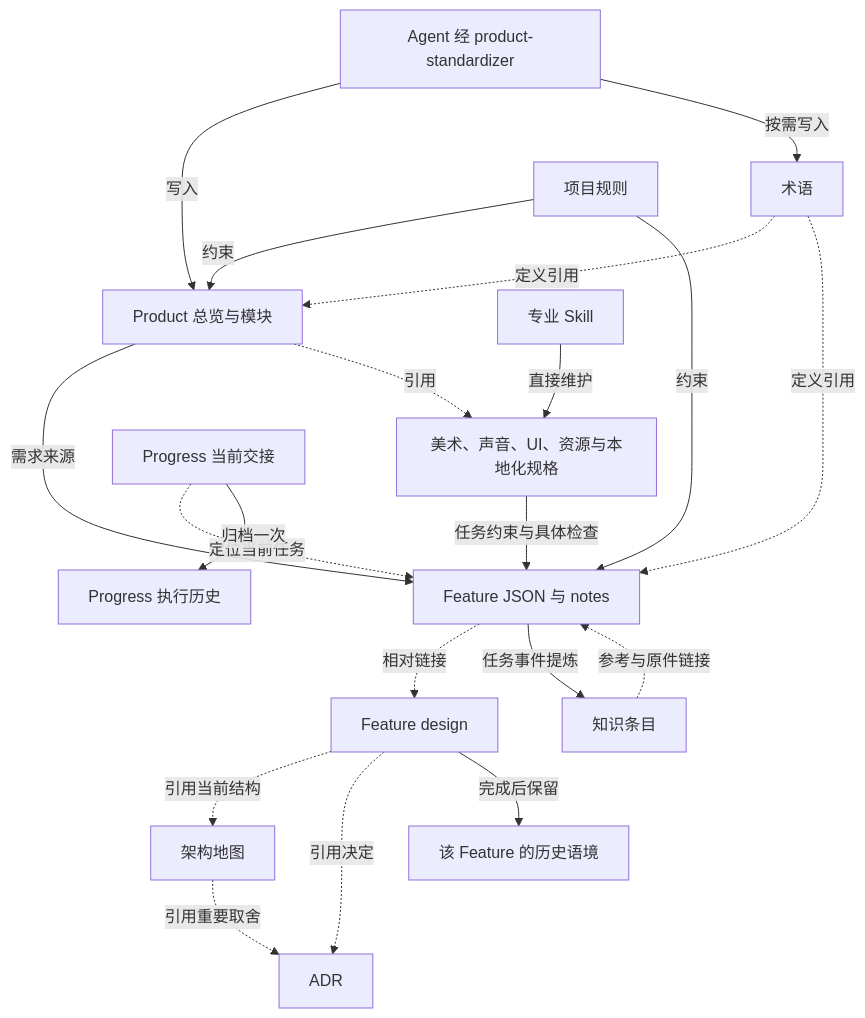
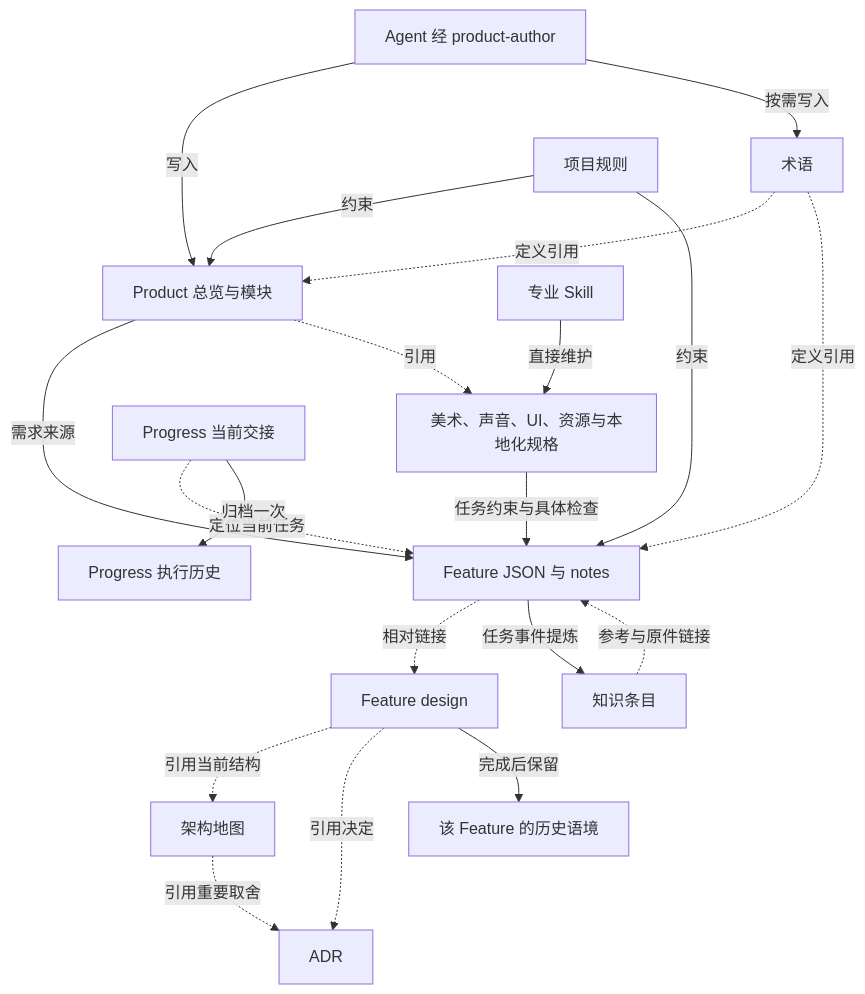
The diagram in framework/docs/blank-project/reference/project-layout.md (yxy823/Game_idle_yaya_frame), drawn with Mermaid before and after one commit. The commit also changed other lines of this file and 88 other files, not shown here.

````diff
--- a/framework/docs/blank-project/reference/project-layout.md
+++ b/framework/docs/blank-project/reference/project-layout.md
@@ -11,22 +11,22 @@
 ```mermaid
 flowchart TD
-    A[Agent 经 product-standardizer] -->|写入| P[Product 总览与模块]
+    A[Agent 经 product-author] -->|写入| P[Product 总览与模块]
     A -->|按需写入| T[术语]
     T -.->|定义引用| P
     T -.->|定义引用| F[Feature JSON 与 notes]
     R[项目规则] -->|约束| P
     R -->|约束| F
     P -->|需求来源| F
     S[专业 Skill] -->|直接维护| Q[美术、声音、UI、资源与本地化规格]
     Q -->|任务约束与具体检查| F
     P -.->|引用| Q
     F -.->|相对链接| D[Feature design]
     D -.->|引用当前结构| M[架构地图]
     M -.->|引用重要取舍| J[ADR]
     D -.->|引用决定| J
     F -->|任务事件提炼| K[知识条目]
     K -.->|参考与原件链接| F
     G[Progress 当前交接] -.->|定位当前任务| F
     G -->|归档一次| H[Progress 执行历史]
     D -->|完成后保留| Z[该 Feature 的历史语境]
 ```
````
